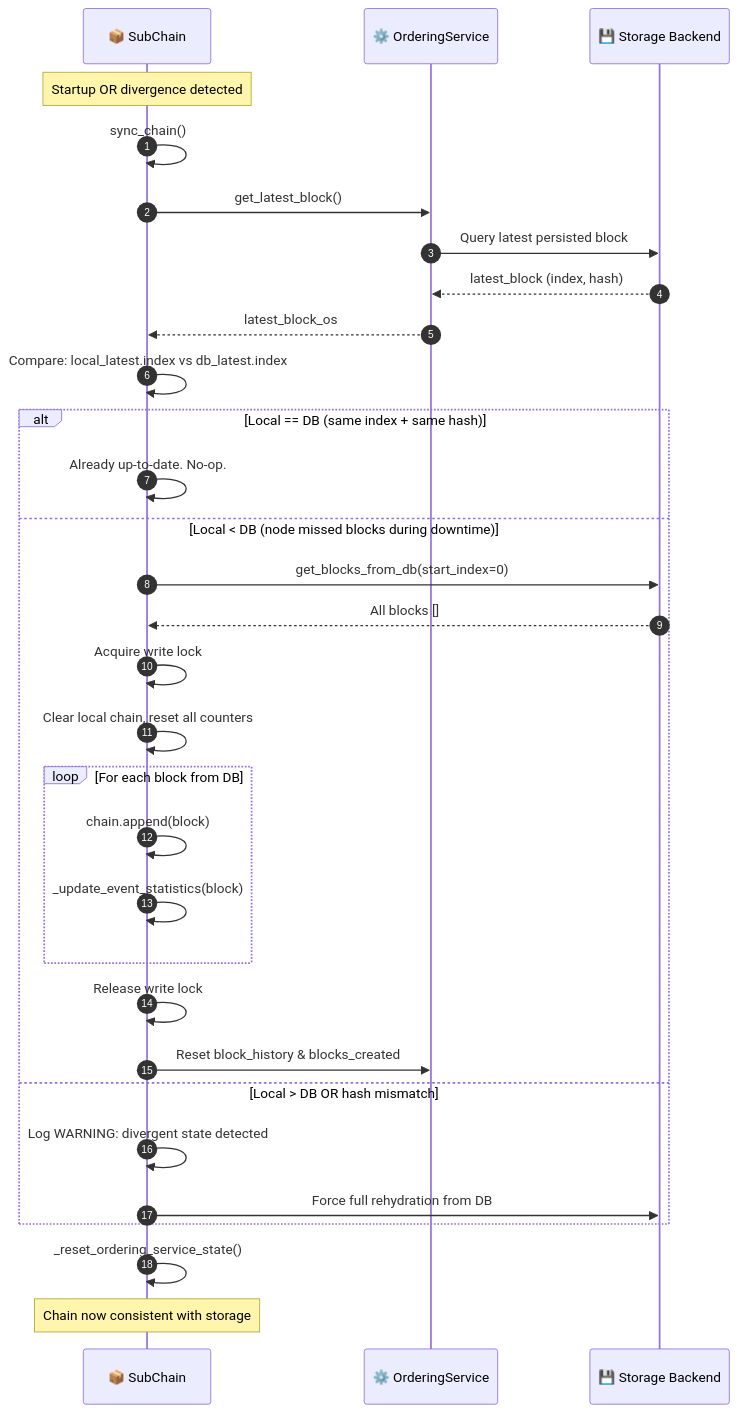
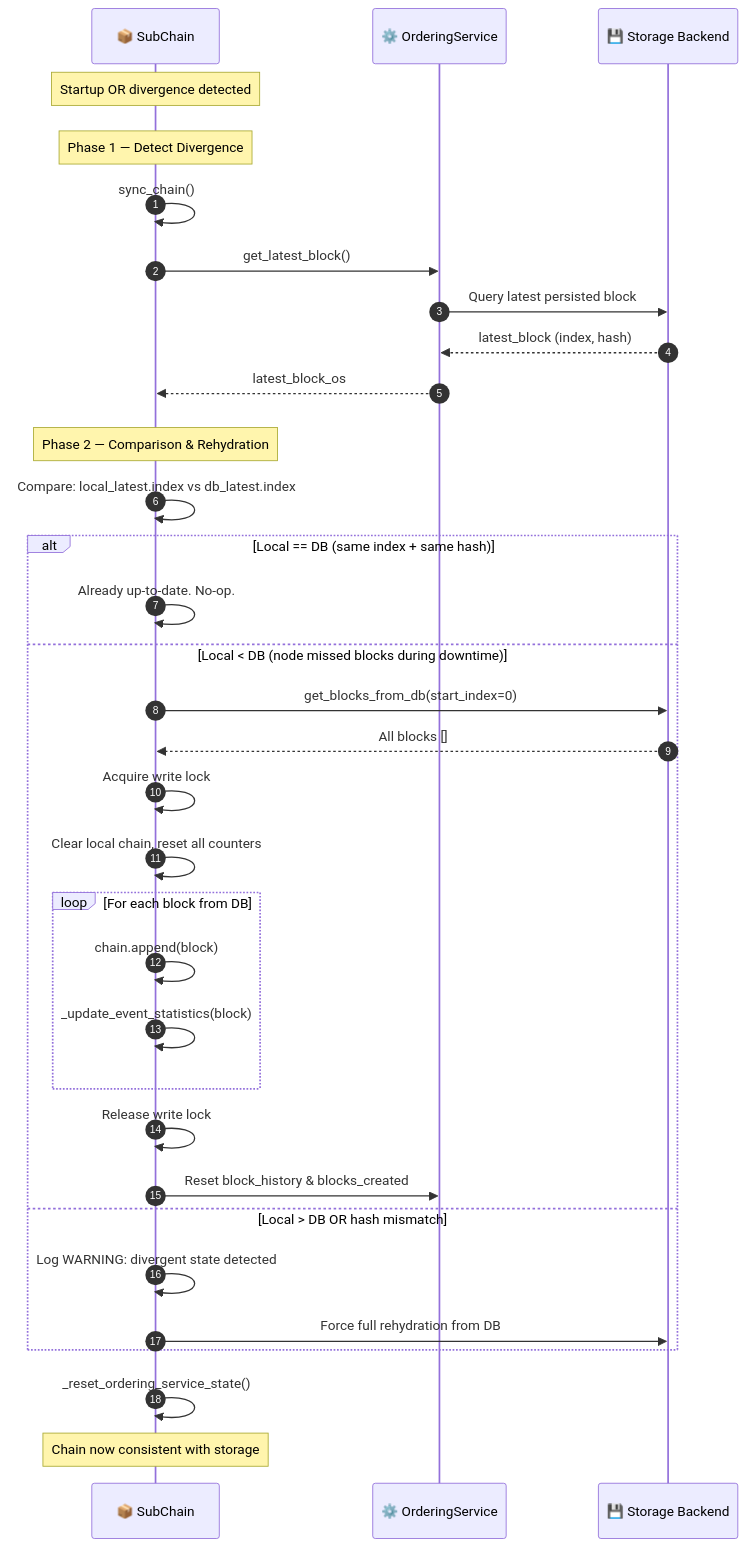
One commit to VanDung-dev/HieraChain changed the diagram in docs/workflows/wf-08-chain-rehydration.md. Above: the diagram before and after it, drawn with Mermaid. The commit also changed 7 other files, not shown here.

First line of the commit message:
docs(workflows): standardize sequence diagrams and remove hardcoded styling

````diff
--- a/docs/workflows/wf-08-chain-rehydration.md
+++ b/docs/workflows/wf-08-chain-rehydration.md
@@ -22,38 +22,44 @@
 ```mermaid
 sequenceDiagram
     autonumber
     participant SC as 📦 SubChain
     participant OS as ⚙️ OrderingService
     participant DB as 💾 Storage Backend
 
     Note over SC: Startup OR divergence detected
 
-    SC->>SC: sync_chain()
-    SC->>OS: get_latest_block()
-    OS->>DB: Query latest persisted block
-    DB-->>OS: latest_block (index, hash)
-    OS-->>SC: latest_block_os
+    rect rgb(0, 0, 0, 0)
+        Note over SC: Phase 1 — Detect Divergence
+        SC->>SC: sync_chain()
+        SC->>OS: get_latest_block()
+        OS->>DB: Query latest persisted block
+        DB-->>OS: latest_block (index, hash)
+        OS-->>SC: latest_block_os
+    end
 
-    SC->>SC: Compare: local_latest.index vs db_latest.index
+    rect rgb(0, 0, 0, 0)
+        Note over SC: Phase 2 — Comparison & Rehydration
+        SC->>SC: Compare: local_latest.index vs db_latest.index
 
-    alt Local == DB (same index + same hash)
-        SC->>SC: Already up-to-date. No-op.
-    else Local < DB (node missed blocks during downtime)
-        SC->>DB: get_blocks_from_db(start_index=0)
-        DB-->>SC: All blocks []
-        SC->>SC: Acquire write lock
-        SC->>SC: Clear local chain, reset all counters
-        loop For each block from DB
-            SC->>SC: chain.append(block)
-            SC->>SC: _update_event_statistics(block)
+        alt Local == DB (same index + same hash)
+            SC->>SC: Already up-to-date. No-op.
+        else Local < DB (node missed blocks during downtime)
+            SC->>DB: get_blocks_from_db(start_index=0)
+            DB-->>SC: All blocks []
+            SC->>SC: Acquire write lock
+            SC->>SC: Clear local chain, reset all counters
+            loop For each block from DB
+                SC->>SC: chain.append(block)
+                SC->>SC: _update_event_statistics(block)
+            end
+            SC->>SC: Release write lock
+            SC->>OS: Reset block_history & blocks_created
+        else Local > DB OR hash mismatch
+            SC->>SC: Log WARNING: divergent state detected
+            SC->>DB: Force full rehydration from DB
         end
-        SC->>SC: Release write lock
-        SC->>OS: Reset block_history & blocks_created
-    else Local > DB OR hash mismatch
-        SC->>SC: Log WARNING: divergent state detected
-        SC->>DB: Force full rehydration from DB
     end
 
     SC->>SC: _reset_ordering_service_state()
     Note over SC: Chain now consistent with storage
 ```
````
